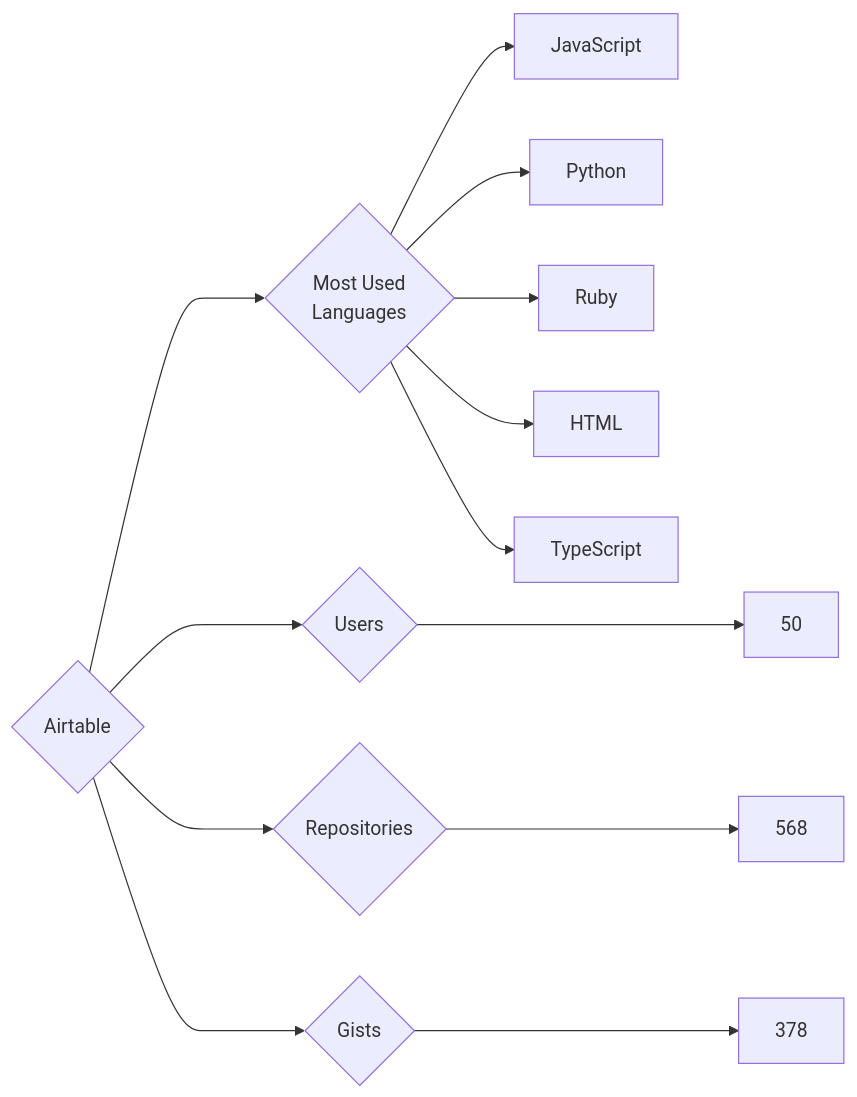
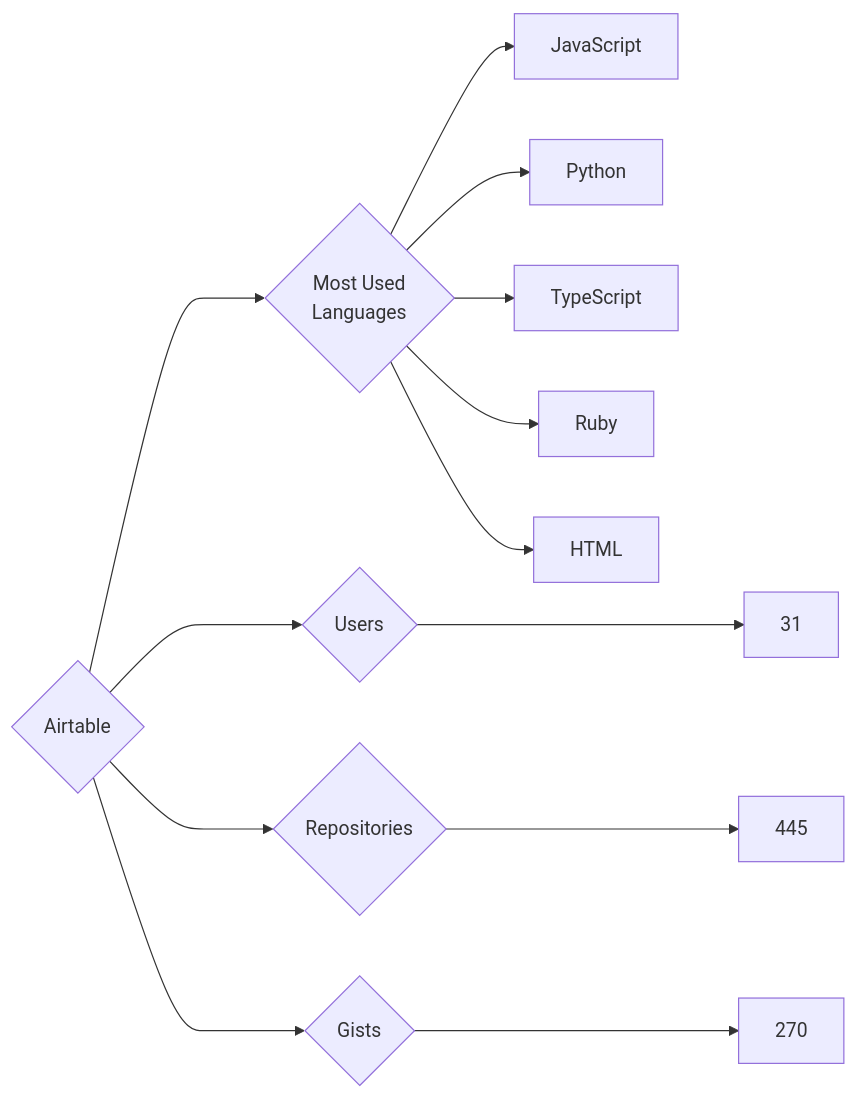
Before and after one commit to trickest/insiders: the diagram in targets/Airtable/README.md, drawn with Mermaid. The commit also changed 873 other files, not shown here.

````diff
--- a/targets/Airtable/README.md
+++ b/targets/Airtable/README.md
@@ -3,13 +3,13 @@
 ```mermaid
 graph LR
 COMPANY_NAME{Airtable}
-COMPANY_NAME ---> U{Users} ---> UN[50]
-COMPANY_NAME ---> R{Repositories} ---> RN[568]
-COMPANY_NAME ---> G{Gists} ---> GN[378]
+COMPANY_NAME ---> U{Users} ---> UN[31]
+COMPANY_NAME ---> R{Repositories} ---> RN[445]
+COMPANY_NAME ---> G{Gists} ---> GN[270]
 COMPANY_NAME ---> ML{Most Used<br>Languages}
 ML --> JavaScript[JavaScript]
 ML --> Python[Python]
+ML --> TypeScript[TypeScript]
 ML --> Ruby[Ruby]
 ML --> HTML[HTML]
-ML --> TypeScript[TypeScript]
 ```
````
